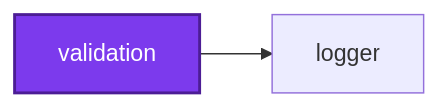
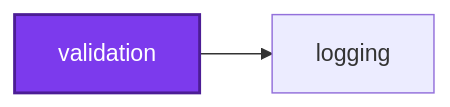
One commit to Organizzolini/codebase changed the first of 3 diagrams in tools/validation/README.md. Above: the diagram before and after it, drawn with Mermaid. The commit also changed other lines of this file and 555 other files, not shown here.

````diff
--- a/tools/validation/README.md
+++ b/tools/validation/README.md
@@ -408,8 +408,8 @@
 ```mermaid
 graph LR
-  logger["logger"]
+  logging["logging"]
   validation["validation"]
-  validation --> logger
+  validation --> logging
   classDef subject fill:#7c3aed,color:#fff,stroke:#4c1d95,stroke-width:2px
   class validation subject
 ```
````
